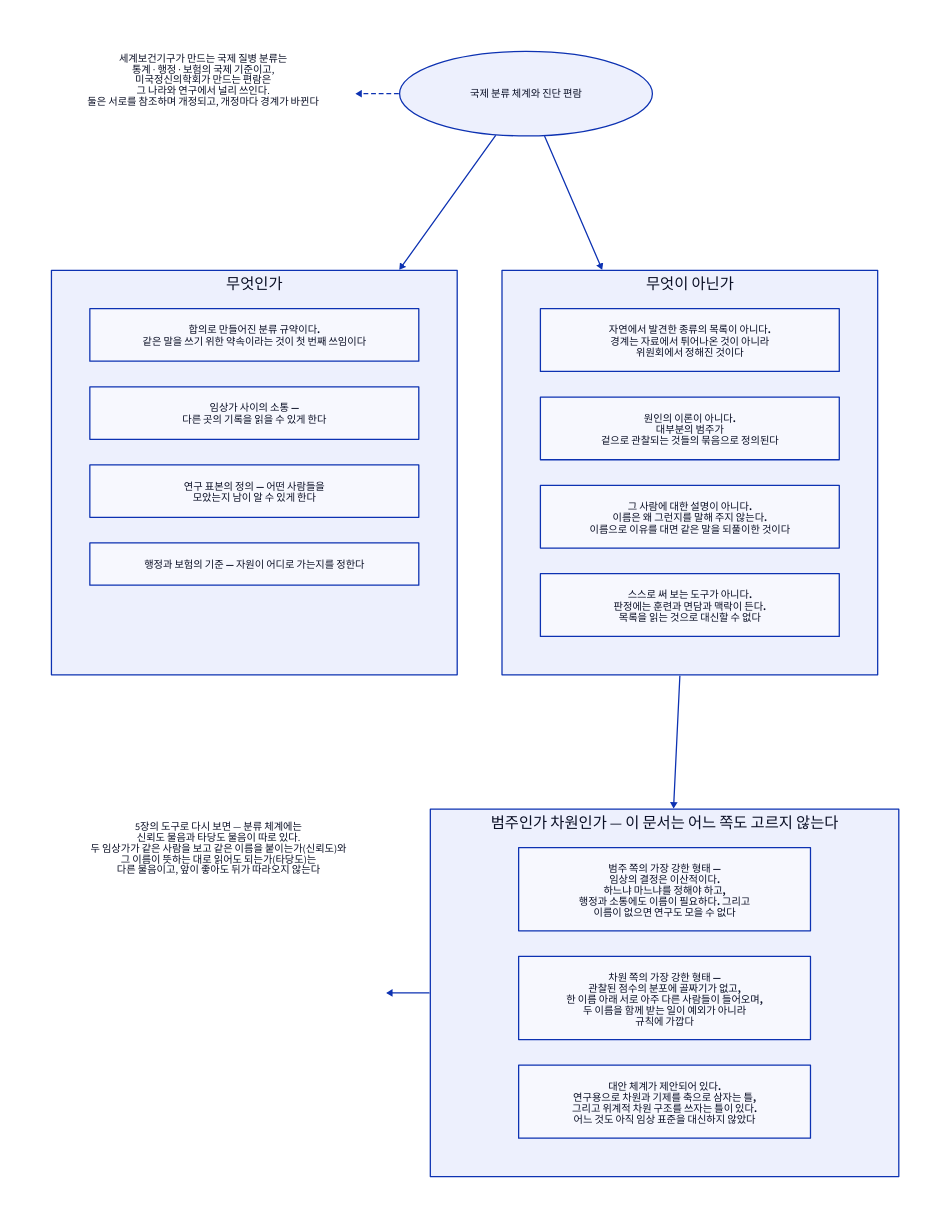
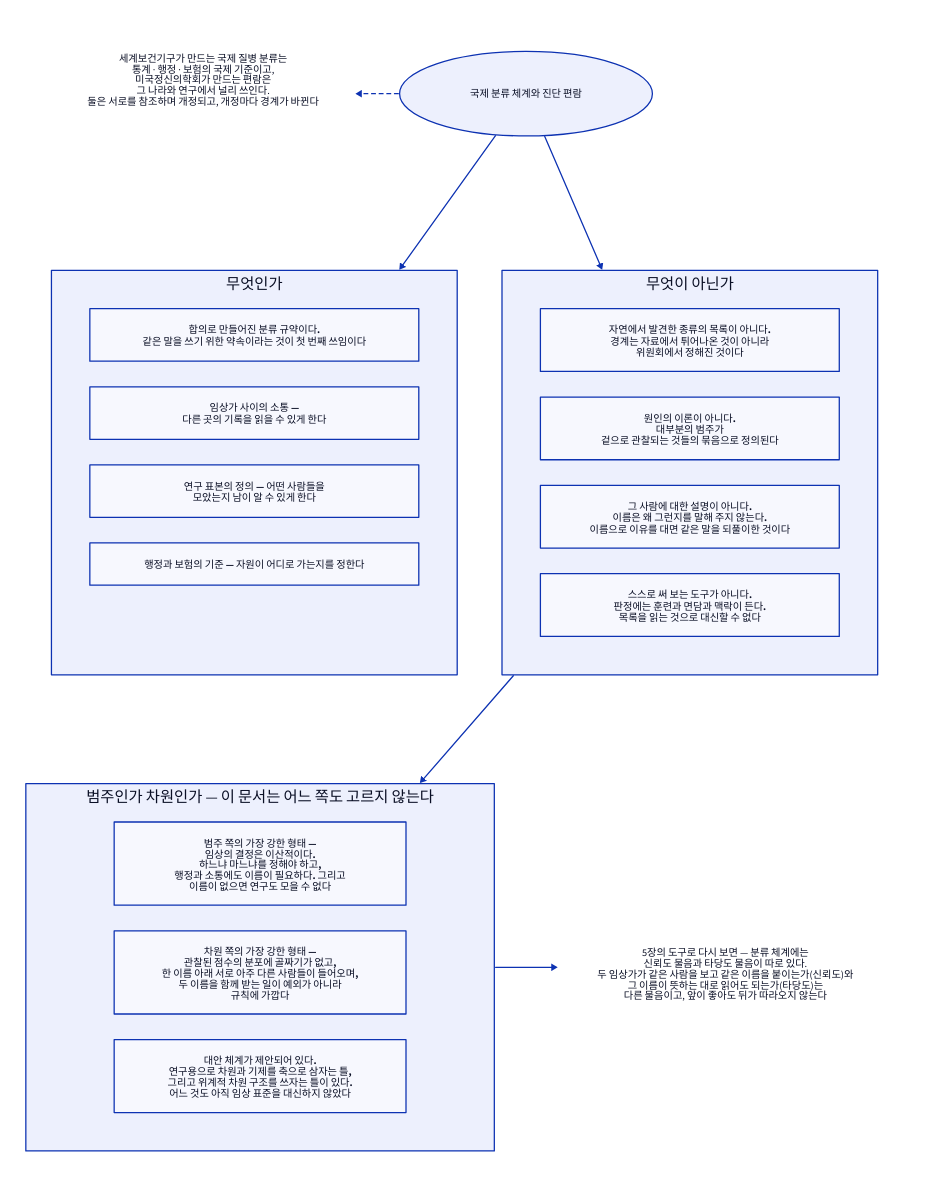
The diagram in d2/psychology/psy-k-diagnosis.d2 (Dong-gi/Dong-gi.github.io), drawn with D2 before and after one commit. The commit also changed 369 other files, not shown here.

```diff
--- a/d2/psychology/psy-k-diagnosis.d2
+++ b/d2/psychology/psy-k-diagnosis.d2
@@ -1,82 +1,81 @@
 # 진단 분류 체계 — 무엇이고 무엇이 아닌가. 심리학 19장.
 #
 # 무엇을 읽어야 하나: ‘무엇인가’ 칸과 ‘무엇이 아닌가’ 칸이 서로 반대되는 목록이 아니라는 것.
 # ‘무엇인가’ 의 쓸모가 진짜이기 때문에 ‘무엇이 아닌가’ 의 오해가 생긴다.
 #
 # 배치: 위에서 아래로 세 줄 — [설명 | 체계], [무엇인가 | 무엇이 아닌가], [신뢰 | 미결].
 # 체계를 두 칸 사이 위에 두어 두 갈래 화살표가 다른 칸을 가로지르지 않게 했다. 머리 · 몸 · 꼬리는 보이지 않는 틀이다.
 direction: down
 grid-columns: 1
 grid-gap: 70
 
 머리: {
   label: ""
   style: { fill: transparent; stroke: transparent }
   grid-rows: 1
   grid-columns: 2
   grid-gap: 70
 
   설명: {
     label: "세계보건기구가 만드는 국제 질병 분류는\n통계 · 행정 · 보험의 국제 기준이고,\n미국정신의학회가 만드는 편람은\n그 나라와 연구에서 널리 쓰인다.\n둘은 서로를 참조하며 개정되고, 개정마다 경계가 바뀐다"
     shape: text
   }
 
   체계: {
     label: "국제 분류 체계와 진단 편람"
     shape: oval
     style.bold: true
   }
   체계 -> 설명: { style.stroke-dash: 3 }
 }
 
 몸: {
   label: ""
   style: { fill: transparent; stroke: transparent }
   grid-rows: 1
   grid-columns: 2
   grid-gap: 70
 
   이다: {
     label: "무엇인가"
     grid-columns: 1
     a: { label: "합의로 만들어진 분류 규약이다.\n같은 말을 쓰기 위한 약속이라는 것이 첫 번째 쓰임이다"; style.bold: true }
     b: { label: "임상가 사이의 소통 —\n다른 곳의 기록을 읽을 수 있게 한다" }
     c: { label: "연구 표본의 정의 — 어떤 사람들을\n모았는지 남이 알 수 있게 한다" }
     d: { label: "행정과 보험의 기준 — 자원이 어디로 가는지를 정한다" }
   }
 
   아니다: {
     label: "무엇이 아닌가"
     grid-columns: 1
     e: { label: "자연에서 발견한 종류의 목록이 아니다.\n경계는 자료에서 튀어나온 것이 아니라\n위원회에서 정해진 것이다"; style.bold: true }
     f: { label: "원인의 이론이 아니다.\n대부분의 범주가\n겉으로 관찰되는 것들의 묶음으로 정의된다"; style.bold: true }
     g: { label: "그 사람에 대한 설명이 아니다.\n이름은 왜 그런지를 말해 주지 않는다.\n이름으로 이유를 대면 같은 말을 되풀이한 것이다"; style.bold: true }
     h: { label: "스스로 써 보는 도구가 아니다.\n판정에는 훈련과 면담과 맥락이 든다.\n목록을 읽는 것으로 대신할 수 없다"; style.bold: true }
   }
 }
 
 꼬리: {
   label: ""
   style: { fill: transparent; stroke: transparent }
-  grid-rows: 1
-  grid-columns: 2
-  grid-gap: 70
+  # 격자 칸에 두면 글 상자가 칸 위쪽에 붙고 화살표는 칸 가운데로 가서 빈 곳을 가리킨다
+  direction: right
 
   신뢰: {
     label: "　\n5장의 도구로 다시 보면 — 분류 체계에는\n신뢰도 물음과 타당도 물음이 따로 있다.\n두 임상가가 같은 사람을 보고 같은 이름을 붙이는가(신뢰도)와\n그 이름이 뜻하는 대로 읽어도 되는가(타당도)는\n다른 물음이고, 앞이 좋아도 뒤가 따라오지 않는다"
     shape: text
   }
 
   미결: {
     label: "범주인가 차원인가 — 이 문서는 어느 쪽도 고르지 않는다"
     grid-columns: 1
     m1: { label: "범주 쪽의 가장 강한 형태 —\n임상의 결정은 이산적이다.\n하느냐 마느냐를 정해야 하고,\n행정과 소통에도 이름이 필요하다. 그리고\n이름이 없으면 연구도 모을 수 없다"; style.bold: true }
     m2: { label: "차원 쪽의 가장 강한 형태 —\n관찰된 점수의 분포에 골짜기가 없고,\n한 이름 아래 서로 아주 다른 사람들이 들어오며,\n두 이름을 함께 받는 일이 예외가 아니라\n규칙에 가깝다"; style.bold: true }
     m3: { label: "대안 체계가 제안되어 있다.\n연구용으로 차원과 기제를 축으로 삼자는 틀,\n그리고 위계적 차원 구조를 쓰자는 틀이 있다.\n어느 것도 아직 임상 표준을 대신하지 않았다" }
   }
   미결 -> 신뢰
 }
 
 머리.체계 -> 몸.이다
 머리.체계 -> 몸.아니다
 몸.아니다 -> 꼬리.미결
```
